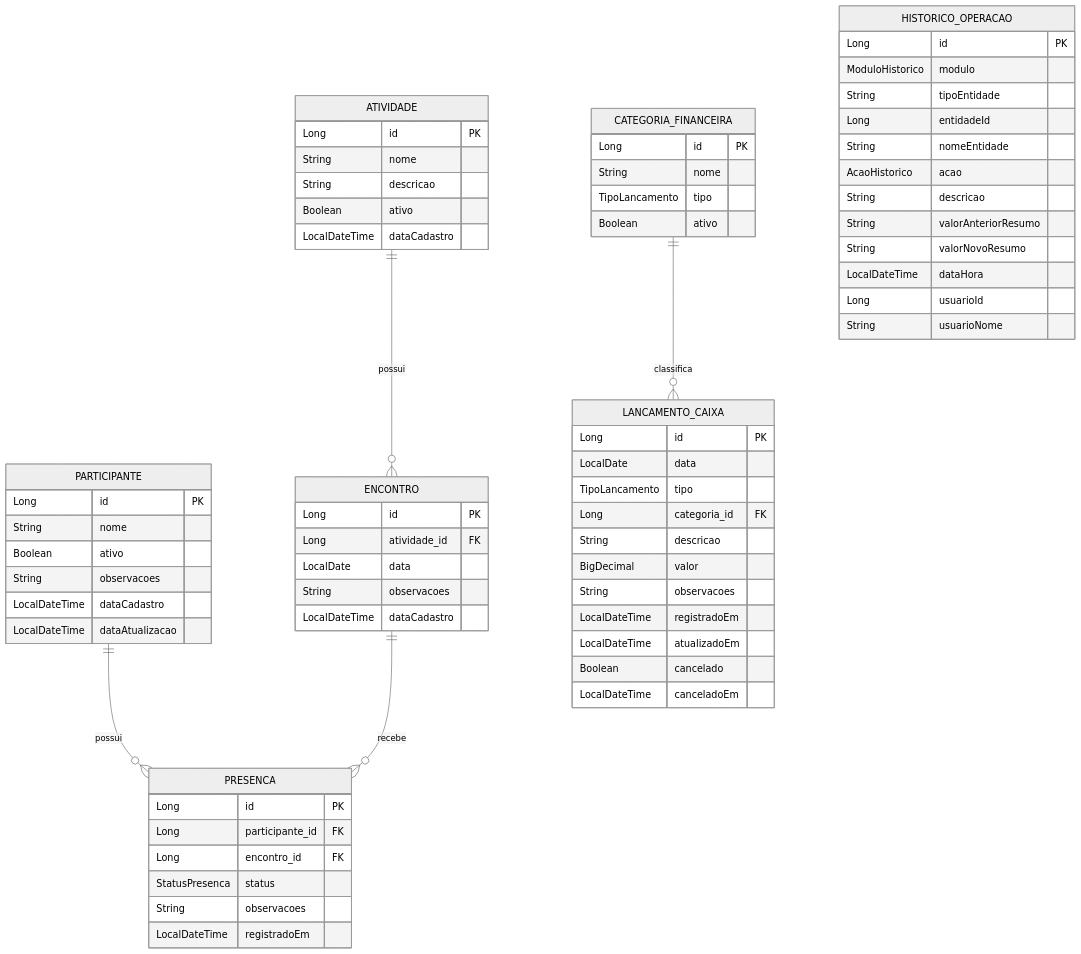
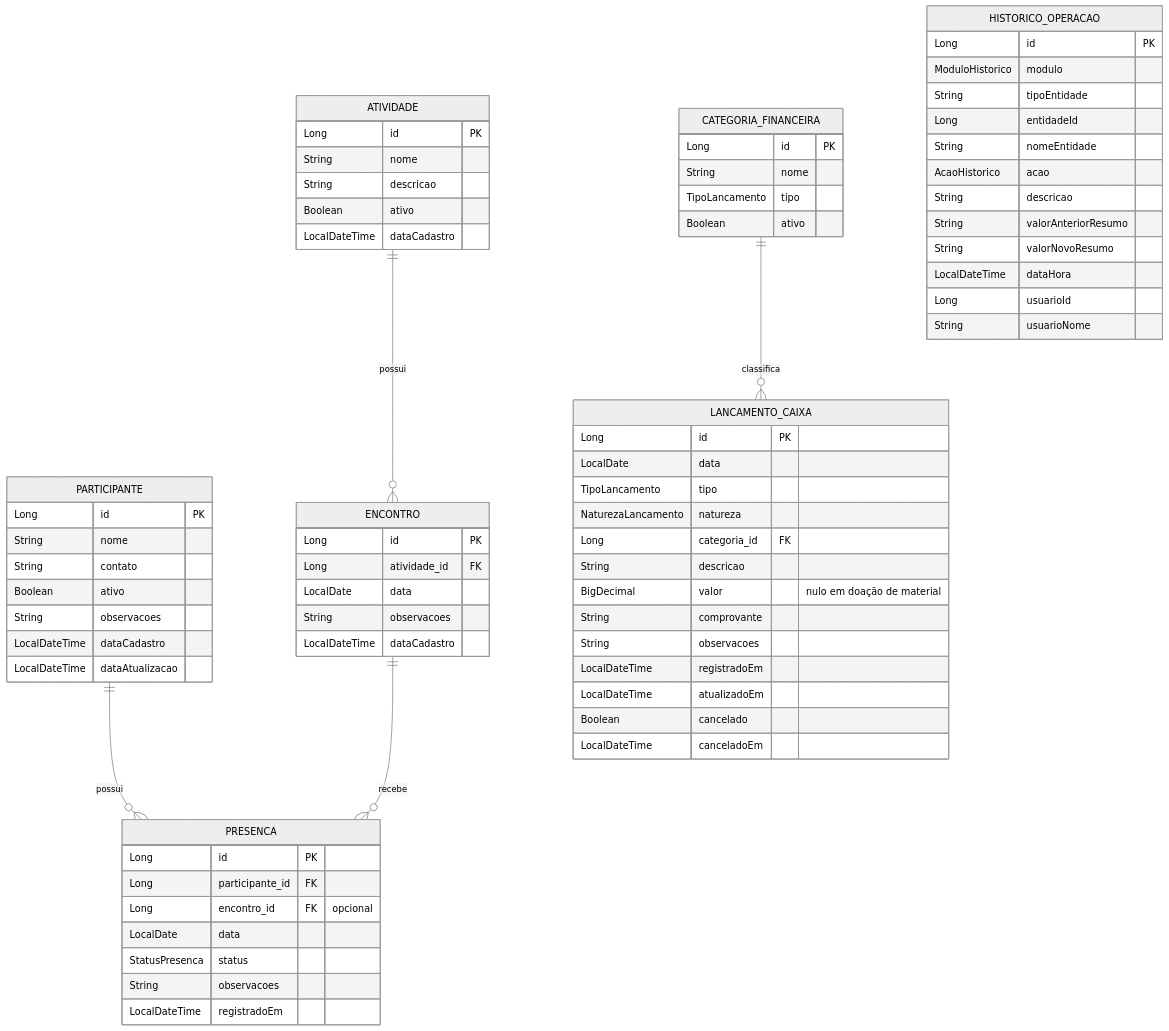
Before and after one commit to TiagoRGuedes/Projeto-Mulheres-Valentes: the diagram in docs/MODELO_DADOS.md, drawn with Mermaid (neutral theme). The commit also changed other lines of this file and 79 other files, not shown here.

```diff
--- a/docs/MODELO_DADOS.md
+++ b/docs/MODELO_DADOS.md
@@ -18,77 +24,81 @@
 ~~~mermaid
 erDiagram
     PARTICIPANTE ||--o{ PRESENCA : possui
     ATIVIDADE ||--o{ ENCONTRO : possui
     ENCONTRO ||--o{ PRESENCA : recebe
     CATEGORIA_FINANCEIRA ||--o{ LANCAMENTO_CAIXA : classifica
 
     PARTICIPANTE {
         Long id PK
         String nome
+        String contato
         Boolean ativo
         String observacoes
         LocalDateTime dataCadastro
         LocalDateTime dataAtualizacao
     }
 
     ATIVIDADE {
         Long id PK
         String nome
         String descricao
         Boolean ativo
         LocalDateTime dataCadastro
     }
 
     ENCONTRO {
         Long id PK
         Long atividade_id FK
         LocalDate data
         String observacoes
         LocalDateTime dataCadastro
     }
 
     PRESENCA {
         Long id PK
         Long participante_id FK
-        Long encontro_id FK
+        Long encontro_id FK "opcional"
+        LocalDate data
         StatusPresenca status
         String observacoes
         LocalDateTime registradoEm
     }
 
     CATEGORIA_FINANCEIRA {
         Long id PK
         String nome
         TipoLancamento tipo
         Boolean ativo
     }
 
     LANCAMENTO_CAIXA {
         Long id PK
         LocalDate data
         TipoLancamento tipo
+        NaturezaLancamento natureza
         Long categoria_id FK
         String descricao
-        BigDecimal valor
+        BigDecimal valor "nulo em doação de material"
+        String comprovante
         String observacoes
         LocalDateTime registradoEm
         LocalDateTime atualizadoEm
         Boolean cancelado
         LocalDateTime canceladoEm
     }
 
     HISTORICO_OPERACAO {
         Long id PK
         ModuloHistorico modulo
         String tipoEntidade
         Long entidadeId
         String nomeEntidade
         AcaoHistorico acao
         String descricao
         String valorAnteriorResumo
         String valorNovoResumo
         LocalDateTime dataHora
         Long usuarioId
         String usuarioNome
     }
 ~~~
```
